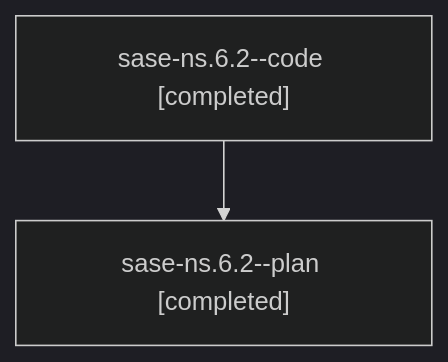
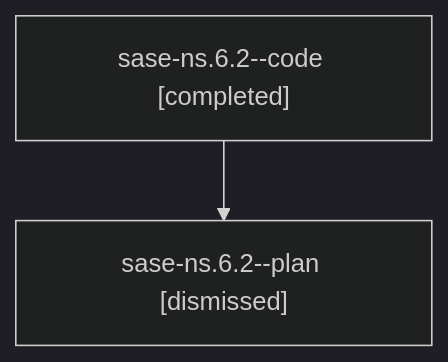
Before and after one commit to sase-org/sase--agents: the diagram in families/bbugyi200.athena.sase-ns.6.2.md, drawn with Mermaid (dark theme). The commit also changed other lines of this file and 179 other files, not shown here.

````diff
--- a/families/bbugyi200.athena.sase-ns.6.2.md
+++ b/families/bbugyi200.athena.sase-ns.6.2.md
@@ -9,6 +9,6 @@
 ```mermaid
 flowchart TD
   n0["sase-ns.6.2--code [completed]"]
-  n1["sase-ns.6.2--plan [completed]"]
+  n1["sase-ns.6.2--plan [dismissed]"]
   n0 --> n1
 ```
````
